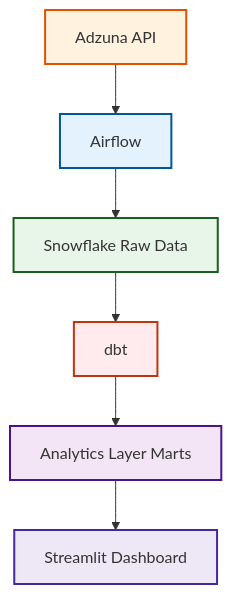
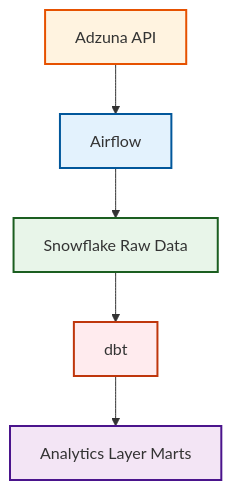
One commit to Oumayma68/job-market-tracker changed the diagram in README.md. Above: the diagram before and after it, drawn with Mermaid. The commit also changed other lines of this file, not shown here.

````diff
--- a/README.md
+++ b/README.md
@@ -18,15 +17,14 @@
 ```mermaid
 flowchart TD
     A["Adzuna API"] --> B["Airflow"]
     B --> C["Snowflake Raw Data"]
     C --> D["dbt"]
     D --> E["Analytics Layer Marts"]
-    E --> F["Streamlit Dashboard"]
+
 
     style A fill:#FFF3E0,stroke:#E65100,stroke-width:2px,color:#333
     style B fill:#E3F2FD,stroke:#01579B,stroke-width:2px,color:#333
     style C fill:#E8F5E9,stroke:#1B5E20,stroke-width:2px,color:#333
     style D fill:#FFEBEE,stroke:#BF360C,stroke-width:2px,color:#333
     style E fill:#F3E5F5,stroke:#4A148C,stroke-width:2px,color:#333
-    style F fill:#EDE7F6,stroke:#4527A0,stroke-width:2px,color:#333
 ```
````
